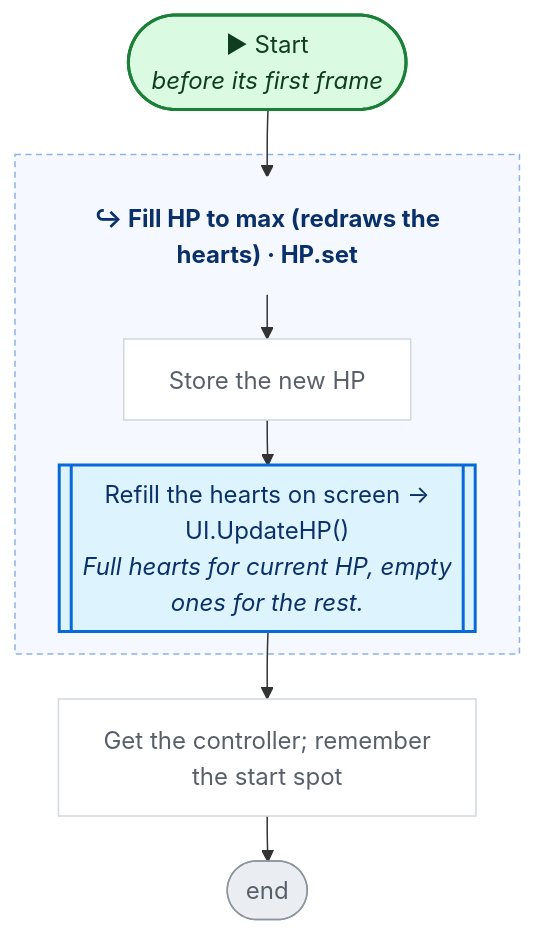
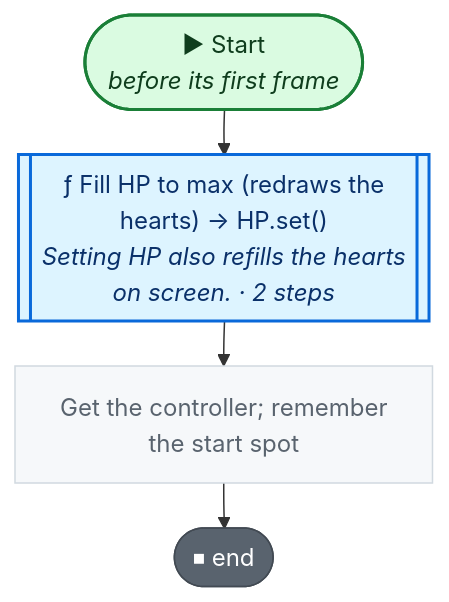
The seventh of 15 diagrams in CodeGraph~/graph/Player.cs.md (nataiai/Lord-of-the-Dungeon), drawn with Mermaid before and after one commit. The commit also changed other lines of this file and 57 other files, not shown here.

````diff
--- a/CodeGraph~/graph/Player.cs.md
+++ b/CodeGraph~/graph/Player.cs.md
@@ -362,46 +364,35 @@
 ```mermaid
 ---
 config:
   flowchart:
     wrappingWidth: 260
     nodeSpacing: 26
     rankSpacing: 30
 ---
 flowchart TD
   nS(["▶ Start<br><i>before its first frame</i>"])
-  n104384_h["↪ Fill HP to max (redraws the<br>hearts) · HP.set"]
-  n104384_n4250c3["Store the new HP"]
-  n104384_n737072[["Refill the hearts on screen →<br>UI.UpdateHP()<br><i>Full hearts for current HP, empty</i><br><i>ones for the rest.</i>"]]
+  n104384[["ƒ Fill HP to max (redraws the<br>hearts) → HP.set()<br><i>Setting HP also refills the hearts</i><br><i>on screen. · 2 steps</i>"]]
   n8c2866["Get the controller; remember<br>the start spot"]
-  nE(["end"])
-  subgraph n104384_g[" "]
-    n104384_h
-    n104384_n4250c3
-    n104384_n737072
-  end
-  style n104384_g fill:#f5f9ff,stroke:#8cb4e8,stroke-dasharray:4 3,color:#0a3069
-  nS --> n104384_h
+  nE(["⏹ end"])
+  nS --> n104384
+  n104384 --> n8c2866
   n8c2866 --> nE
-  n104384_h --> n104384_n4250c3
-  n104384_n4250c3 --> n104384_n737072
-  n104384_n737072 --> n8c2866
   classDef unity fill:#dafbe1,stroke:#1a7f37,stroke-width:2px,color:#0f3d1d
   classDef start fill:#dafbe1,stroke:#1a7f37,stroke-width:2px,color:#0f3d1d
-  classDef calc fill:#ffffff,stroke:#d0d7de,color:#57606a
+  classDef calc fill:#f6f8fa,stroke:#d1d9e0,color:#59636e
   classDef calls fill:#ddf4ff,stroke:#0969da,stroke-width:2px,color:#0a3069
-  classDef ext fill:#ddf4ff,stroke:#0969da,stroke-width:2px,stroke-dasharray:5 3,color:#0a3069
-  classDef cond fill:#fff8c5,stroke:#bf8700,stroke-width:1.5px,color:#3d2a00
-  classDef loop fill:#f6f8fa,stroke:#57606a,color:#1f2328
-  classDef exit fill:#ffebe9,stroke:#cf222e,color:#82071e
+  classDef ext fill:#f6f8fa,stroke:#59636e,stroke-width:1.5px,stroke-dasharray:5 5,color:#1f2328
+  classDef cond fill:#fff8c5,stroke:#9a6700,stroke-width:1.5px,color:#3d2a00
+  classDef loop fill:#fff8c5,stroke:#9a6700,color:#3d2a00
+  classDef wait fill:#fff8c5,stroke:#9a6700,color:#3d2a00
+  classDef exit fill:#59636e,stroke:#424a53,color:#ffffff
+  classDef fin fill:#59636e,stroke:#424a53,color:#ffffff
+  classDef act fill:#ffffff,stroke:#59636e,stroke-width:1.5px,color:#1f2328
   classDef kill fill:#ffebe9,stroke:#cf222e,stroke-width:2px,color:#82071e
-  classDef spawn fill:#dafbe1,stroke:#1a7f37,stroke-width:2px,color:#0f3d1d
-  classDef wait fill:#fff1e5,stroke:#bc4c00,color:#4d1d00
-  classDef fin fill:#eaeef2,stroke:#8c959f,color:#57606a
   classDef join fill:#d0d7de,stroke:#8c959f,color:#57606a
   classDef ghdr fill:#f5f9ff,stroke:#f5f9ff,color:#0a3069,font-weight:bold
-  class n104384_n4250c3,n8c2866 calc
-  class n104384_n737072 calls
+  class n8c2866 calc
+  class n104384 calls
   class nE fin
-  class n104384_h ghdr
   class nS unity
 ```
````
